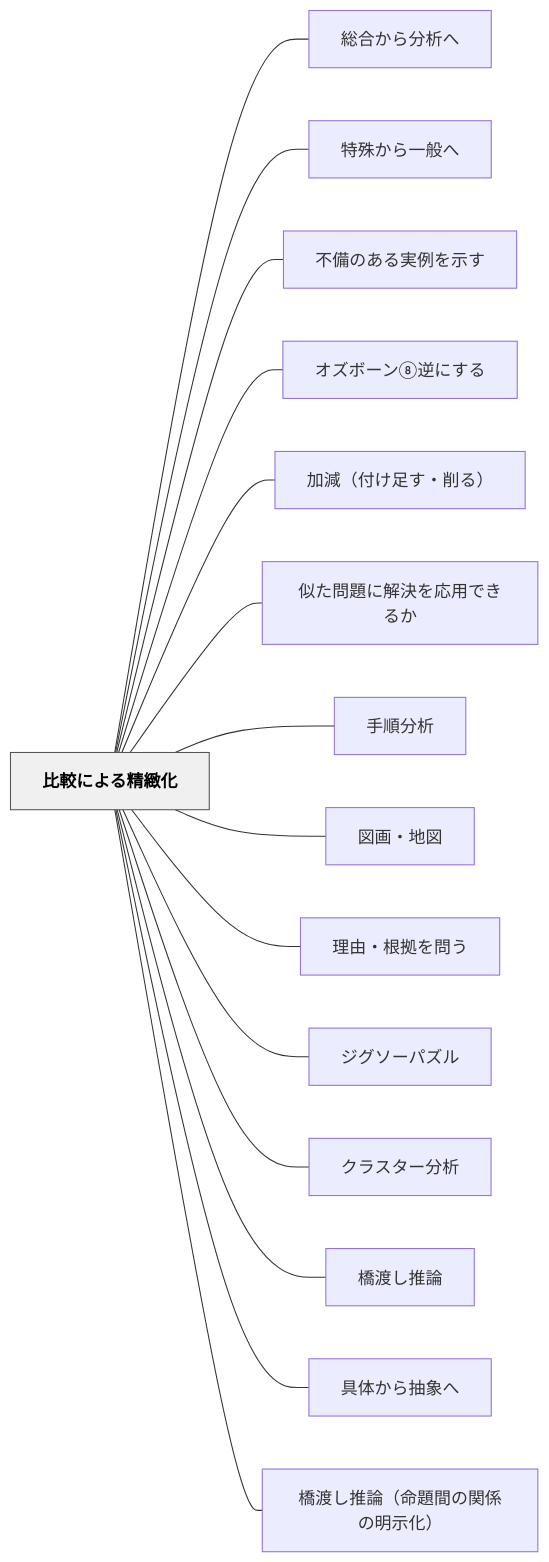
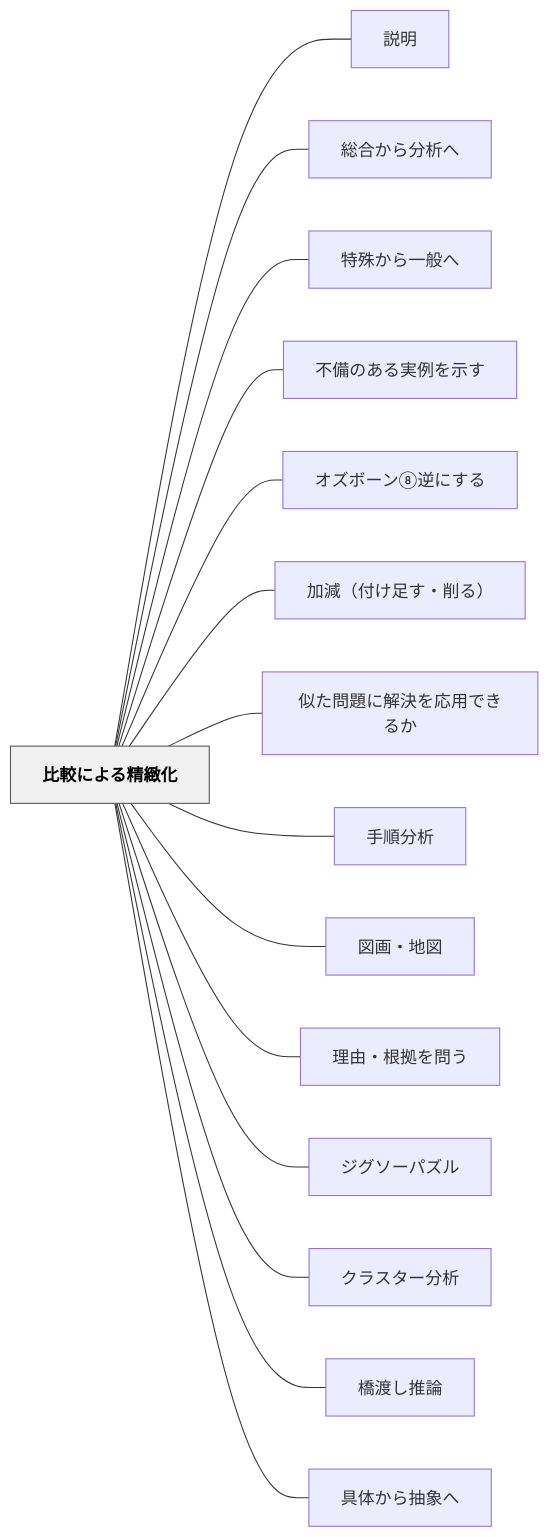
The diagram in content/パタン/比較による精緻化.md (unknownthings-ed-patterns/unknownthings-ed-patterns), drawn with Mermaid before and after one commit. The commit also changed other lines of this file and 35 other files, not shown here.

````diff
--- a/content/パタン/比較による精緻化.md
+++ b/content/パタン/比較による精緻化.md
@@ -51,36 +51,36 @@
 ```mermaid
 flowchart LR
     ne6af94e8bc83e381abe38288e3828be7b2bee7b7bbe58c96["比較による精緻化"]
+    ne8aaace6988e["説明"]
     ne7b78fe59088e3818be38289e58886e69e90e381b8["総合から分析へ"]
     ne789b9e6ae8ae3818be38289e4b880e888ace381b8["特殊から一般へ"]
     ne4b88de58299e381aee38182e3828be5ae9fe4be8be38292e7a4bae38199["不備のある実例を示す"]
     ne382aae382bae3839ce383bce383b3e291a7e98086e381abe38199e3828b["オズボーン⑧逆にする"]
     ne58aa0e6b89befbc88e4bb98e38191e8b6b3e38199e383bbe5898ae3828befbc89["加減（付け足す・削る）"]
     ne4bcbce3819fe5958fe9a18ce381abe8a7a3e6b1bae38292e5bf9ce794a8e381a7e3818de3828be3818b["似た問題に解決を応用できるか"]
     ne6898be9a086e58886e69e90["手順分析"]
     ne59bb3e794bbe383bbe59cb0e59bb3["図画・地図"]
     ne79086e794b1e383bbe6a0b9e68ba0e38292e5958fe38186["理由・根拠を問う"]
     ne382b8e382b0e382bde383bce38391e382bae383ab["ジグソーパズル"]
     ne382afe383a9e382b9e382bfe383bce58886e69e90["クラスター分析"]
     ne6a98be6b8a1e38197e68ea8e8ab96["橋渡し推論"]
     ne585b7e4bd93e3818be38289e68abde8b1a1e381b8["具体から抽象へ"]
-    ne6a98be6b8a1e38197e68ea8e8ab96efbc88e591bde9a18ce99693e381aee996a2e4bf82e381aee6988ee7a4bae58c96efbc89["橋渡し推論（命題間の関係の明示化）"]
 
+    ne6af94e8bc83e381abe38288e3828be7b2bee7b7bbe58c96 --- ne8aaace6988e
     ne6af94e8bc83e381abe38288e3828be7b2bee7b7bbe58c96 --- ne7b78fe59088e3818be38289e58886e69e90e381b8
     ne6af94e8bc83e381abe38288e3828be7b2bee7b7bbe58c96 --- ne789b9e6ae8ae3818be38289e4b880e888ace381b8
     ne6af94e8bc83e381abe38288e3828be7b2bee7b7bbe58c96 --- ne4b88de58299e381aee38182e3828be5ae9fe4be8be38292e7a4bae38199
     ne6af94e8bc83e381abe38288e3828be7b2bee7b7bbe58c96 --- ne382aae382bae3839ce383bce383b3e291a7e98086e381abe38199e3828b
     ne6af94e8bc83e381abe38288e3828be7b2bee7b7bbe58c96 --- ne58aa0e6b89befbc88e4bb98e38191e8b6b3e38199e383bbe5898ae3828befbc89
     ne6af94e8bc83e381abe38288e3828be7b2bee7b7bbe58c96 --- ne4bcbce3819fe5958fe9a18ce381abe8a7a3e6b1bae38292e5bf9ce794a8e381a7e3818de3828be3818b
     ne6af94e8bc83e381abe38288e3828be7b2bee7b7bbe58c96 --- ne6898be9a086e58886e69e90
     ne6af94e8bc83e381abe38288e3828be7b2bee7b7bbe58c96 --- ne59bb3e794bbe383bbe59cb0e59bb3
     ne6af94e8bc83e381abe38288e3828be7b2bee7b7bbe58c96 --- ne79086e794b1e383bbe6a0b9e68ba0e38292e5958fe38186
     ne6af94e8bc83e381abe38288e3828be7b2bee7b7bbe58c96 --- ne382b8e382b0e382bde383bce38391e382bae383ab
     ne6af94e8bc83e381abe38288e3828be7b2bee7b7bbe58c96 --- ne382afe383a9e382b9e382bfe383bce58886e69e90
     ne6af94e8bc83e381abe38288e3828be7b2bee7b7bbe58c96 --- ne6a98be6b8a1e38197e68ea8e8ab96
     ne6af94e8bc83e381abe38288e3828be7b2bee7b7bbe58c96 --- ne585b7e4bd93e3818be38289e68abde8b1a1e381b8
-    ne6af94e8bc83e381abe38288e3828be7b2bee7b7bbe58c96 --- ne6a98be6b8a1e38197e68ea8e8ab96efbc88e591bde9a18ce99693e381aee996a2e4bf82e381aee6988ee7a4bae58c96efbc89
 
     classDef hub fill:#f0f0f0,stroke:#555,color:#000,font-weight:bold
     class ne6af94e8bc83e381abe38288e3828be7b2bee7b7bbe58c96 hub
 ```
````
